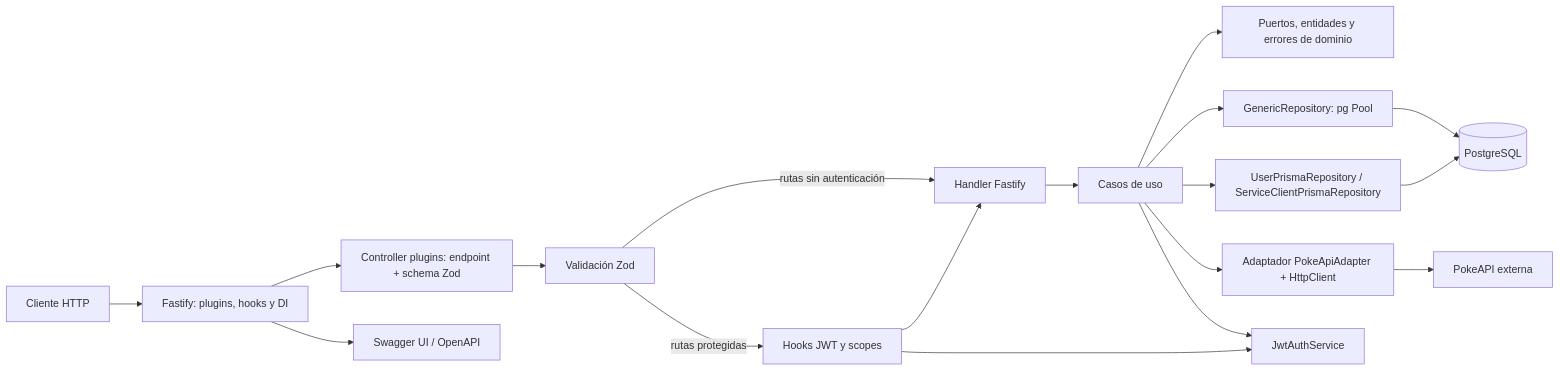
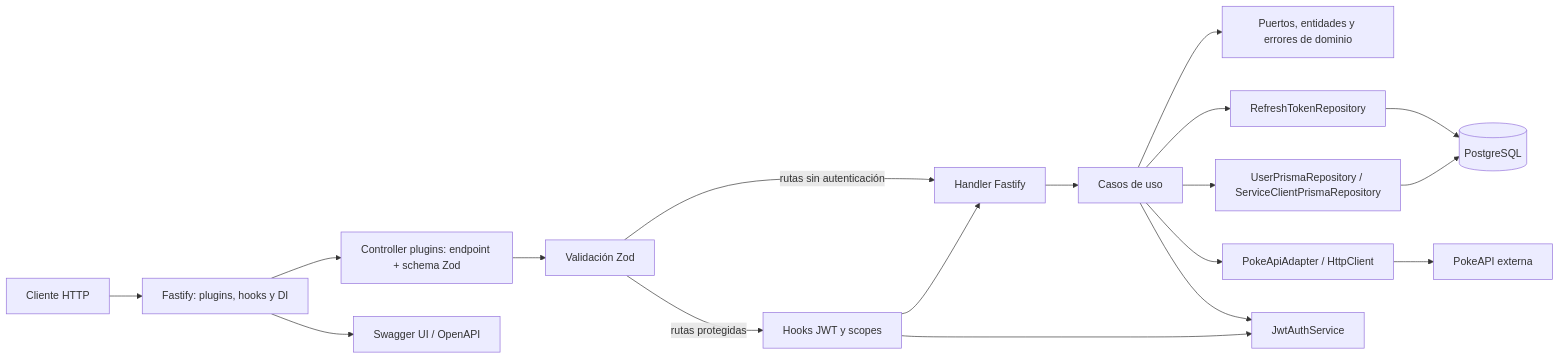
The diagram in docs/main.md (jac2206/chasis-fastify-backend), drawn with Mermaid before and after one commit. The commit also changed other lines of this file and 142 other files, not shown here.

````diff
--- a/docs/main.md
+++ b/docs/main.md
@@ -19,20 +19,20 @@
 ```mermaid
 flowchart LR
   CLIENTE[Cliente HTTP] --> APP[Fastify: plugins, hooks y DI]
   APP --> C[Controller plugins: endpoint + schema Zod]
   C --> Z[Validación Zod]
   Z -->|rutas protegidas| AUTH[Hooks JWT y scopes]
   AUTH --> H[Handler Fastify]
   Z -->|rutas sin autenticación| H
   H --> U[Casos de uso]
   U --> P[Puertos, entidades y errores de dominio]
   U --> PRISMA[UserPrismaRepository / ServiceClientPrismaRepository]
   PRISMA --> PG[(PostgreSQL)]
-  U --> RAW[GenericRepository: pg Pool]
-  RAW --> PG
-  U --> EXT[Adaptador PokeApiAdapter + HttpClient]
-  EXT --> POKEAPI[PokeAPI externa]
+  U --> RT[RefreshTokenRepository]
+  RT --> PG
+  U --> POKE[PokeApiAdapter / HttpClient]
+  POKE --> API[PokeAPI externa]
   AUTH --> JWT[JwtAuthService]
   U --> JWT
   APP --> DOCS[Swagger UI / OpenAPI]
 ```
````
